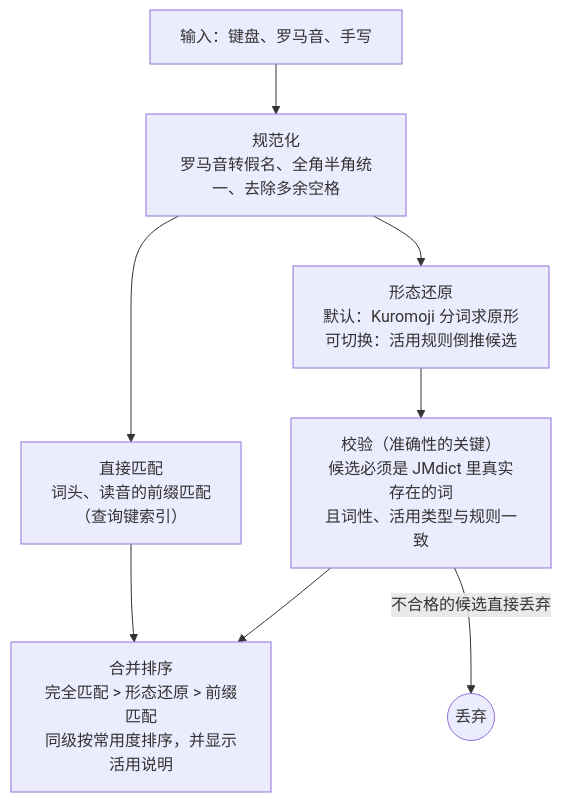
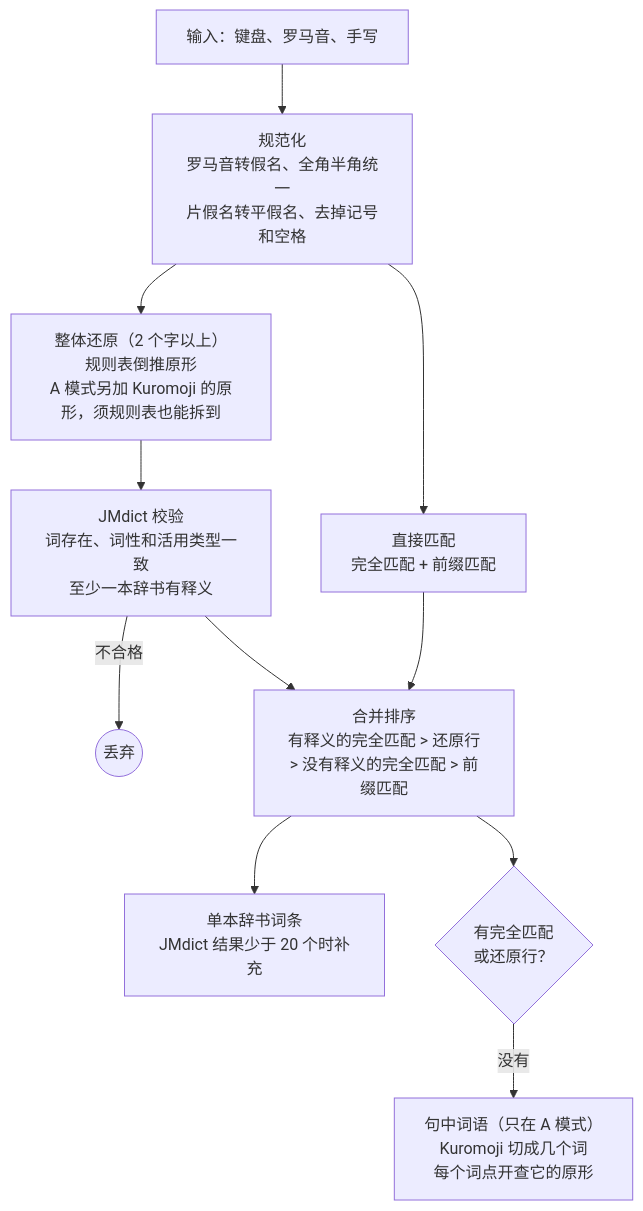
Before and after one commit to qiuqiu-du/jibiki: the diagram in docs/design-spec.md, drawn with Mermaid. The commit also changed other lines of this file and 35 other files, not shown here.

````diff
--- a/docs/design-spec.md
+++ b/docs/design-spec.md
@@ -135,10 +140,13 @@
 ```mermaid
 flowchart TD
-    A["输入：键盘、罗马音、手写"] --> B["规范化<br/>罗马音转假名、全角半角统一、去除多余空格"]
-    B --> C["直接匹配<br/>词头、读音的前缀匹配<br/>（查询键索引）"]
-    B --> D["形态还原<br/>默认：Kuromoji 分词求原形<br/>可切换：活用规则倒推候选"]
-    D --> E["校验（准确性的关键）<br/>候选必须是 JMdict 里真实存在的词<br/>且词性、活用类型与规则一致"]
-    E -- 不合格的候选直接丢弃 --> X(("丢弃"))
-    C --> F["合并排序<br/>完全匹配 > 形态还原 > 前缀匹配<br/>同级按常用度排序，并显示活用说明"]
+    A["输入：键盘、罗马音、手写"] --> B["规范化<br/>罗马音转假名、全角半角统一<br/>片假名转平假名、去掉记号和空格"]
+    B --> C["直接匹配<br/>完全匹配 + 前缀匹配"]
+    B --> D["整体还原（2 个字以上）<br/>规则表倒推原形<br/>A 模式另加 Kuromoji 的原形，须规则表也能拆到"]
+    D --> E["JMdict 校验<br/>词存在、词性和活用类型一致<br/>至少一本辞书有释义"]
+    E -- 不合格 --> X(("丢弃"))
+    C --> F["合并排序<br/>有释义的完全匹配 > 还原行<br/>> 没有释义的完全匹配 > 前缀匹配"]
     E --> F
+    F --> G["单本辞书词条<br/>JMdict 结果少于 20 个时补充"]
+    F --> H{"有完全匹配<br/>或还原行？"}
+    H -- 没有 --> I["句中词语（只在 A 模式）<br/>Kuromoji 切成几个词<br/>每个词点开查它的原形"]
 ```
````
